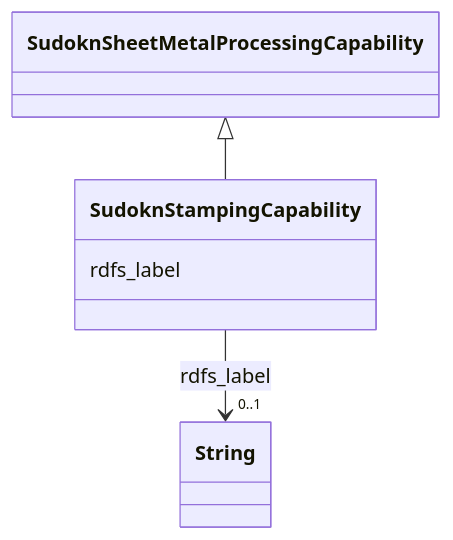
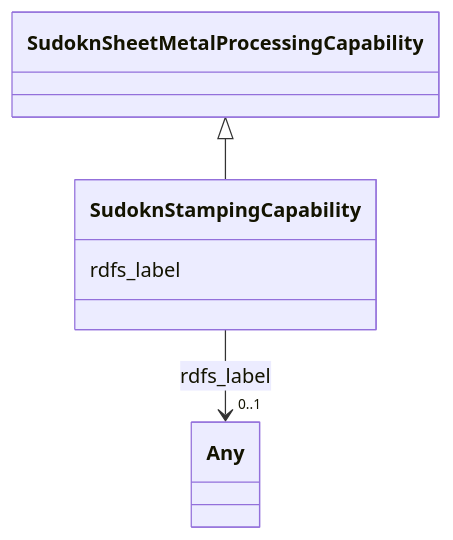
One commit to frink-okn/graph-descriptions changed the diagram in sudokn-kg/classes/SudoknStampingCapability.md. Above: the diagram before and after it, drawn with Mermaid. The commit also changed other lines of this file and 903 other files, not shown here.

````diff
--- a/sudokn-kg/classes/SudoknStampingCapability.md
+++ b/sudokn-kg/classes/SudoknStampingCapability.md
@@ -23,18 +18,18 @@
 ```mermaid
  classDiagram
     class SudoknStampingCapability
     click SudoknStampingCapability href "../SudoknStampingCapability"
       SudoknSheetMetalProcessingCapability <|-- SudoknStampingCapability
         click SudoknSheetMetalProcessingCapability href "../SudoknSheetMetalProcessingCapability"
       
       SudoknStampingCapability : rdfs_label
         
           
     
     
-    SudoknStampingCapability --> "0..1" String : rdfs_label
-    click String href "../String"
+    SudoknStampingCapability --> "0..1" Any : rdfs_label
+    click Any href "../Any"
 
         
       
 ```
````
